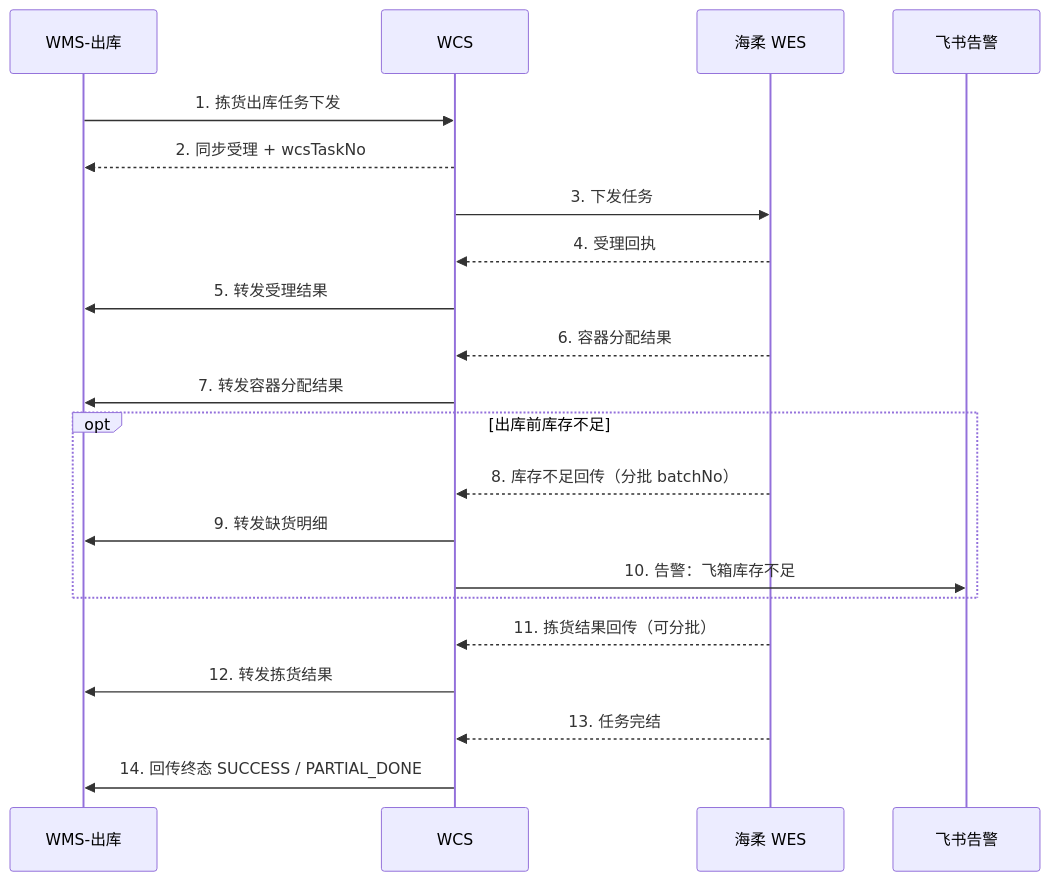
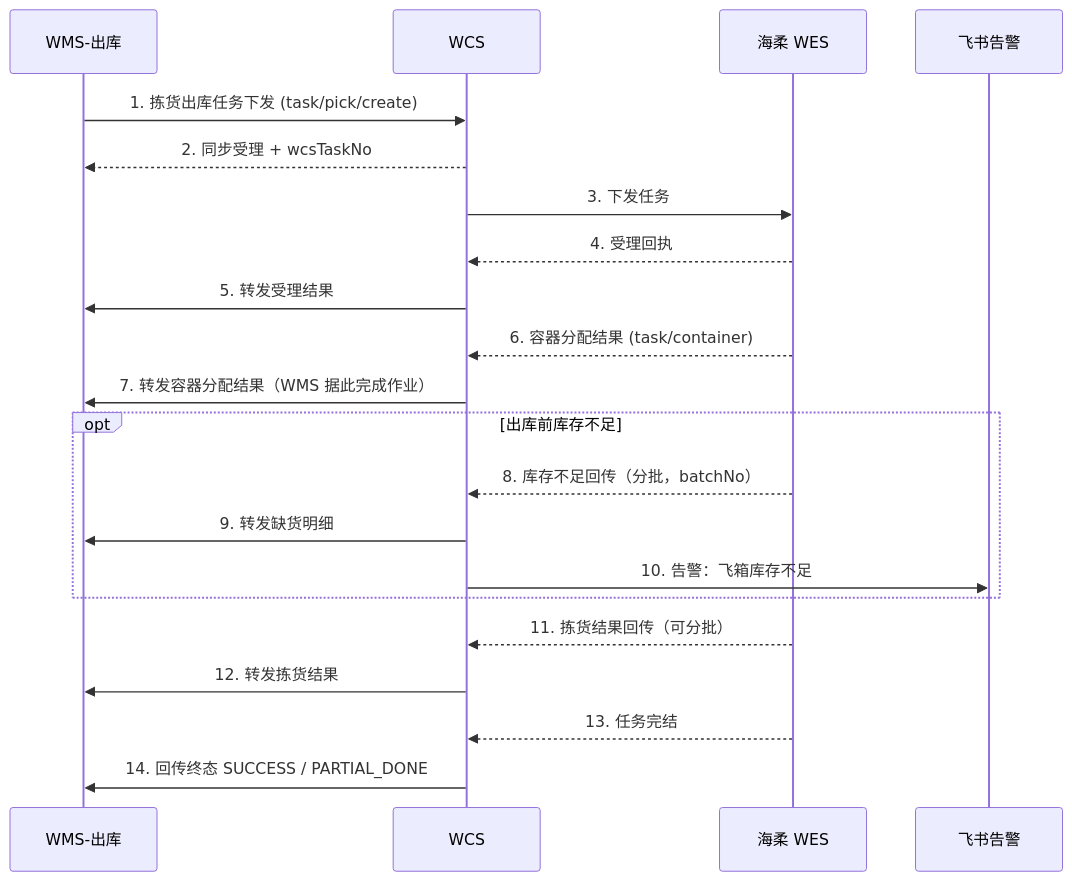
One commit to generous-jiang/jiangzw changed the diagram in docs/wcs/diagrams/03-seq-pick.mmd. Above: the diagram before and after it, drawn with Mermaid. The commit also changed 13 other files, not shown here.

```diff
--- a/docs/wcs/diagrams/03-seq-pick.mmd
+++ b/docs/wcs/diagrams/03-seq-pick.mmd
@@ -1,21 +1,22 @@
 sequenceDiagram
     participant WMS as WMS-出库
     participant WCS as WCS
     participant WES as 海柔 WES
     participant FS as 飞书告警
-    WMS->>WCS: 1. 拣货出库任务下发
+
+    WMS->>WCS: 1. 拣货出库任务下发 (task/pick/create)
     WCS-->>WMS: 2. 同步受理 + wcsTaskNo
     WCS->>WES: 3. 下发任务
     WES-->>WCS: 4. 受理回执
     WCS->>WMS: 5. 转发受理结果
-    WES-->>WCS: 6. 容器分配结果
-    WCS->>WMS: 7. 转发容器分配结果
+    WES-->>WCS: 6. 容器分配结果 (task/container)
+    WCS->>WMS: 7. 转发容器分配结果（WMS 据此完成作业）
     opt 出库前库存不足
-        WES-->>WCS: 8. 库存不足回传（分批 batchNo）
+        WES-->>WCS: 8. 库存不足回传（分批，batchNo）
         WCS->>WMS: 9. 转发缺货明细
         WCS->>FS: 10. 告警：飞箱库存不足
     end
     WES-->>WCS: 11. 拣货结果回传（可分批）
     WCS->>WMS: 12. 转发拣货结果
     WES-->>WCS: 13. 任务完结
     WCS->>WMS: 14. 回传终态 SUCCESS / PARTIAL_DONE
```
